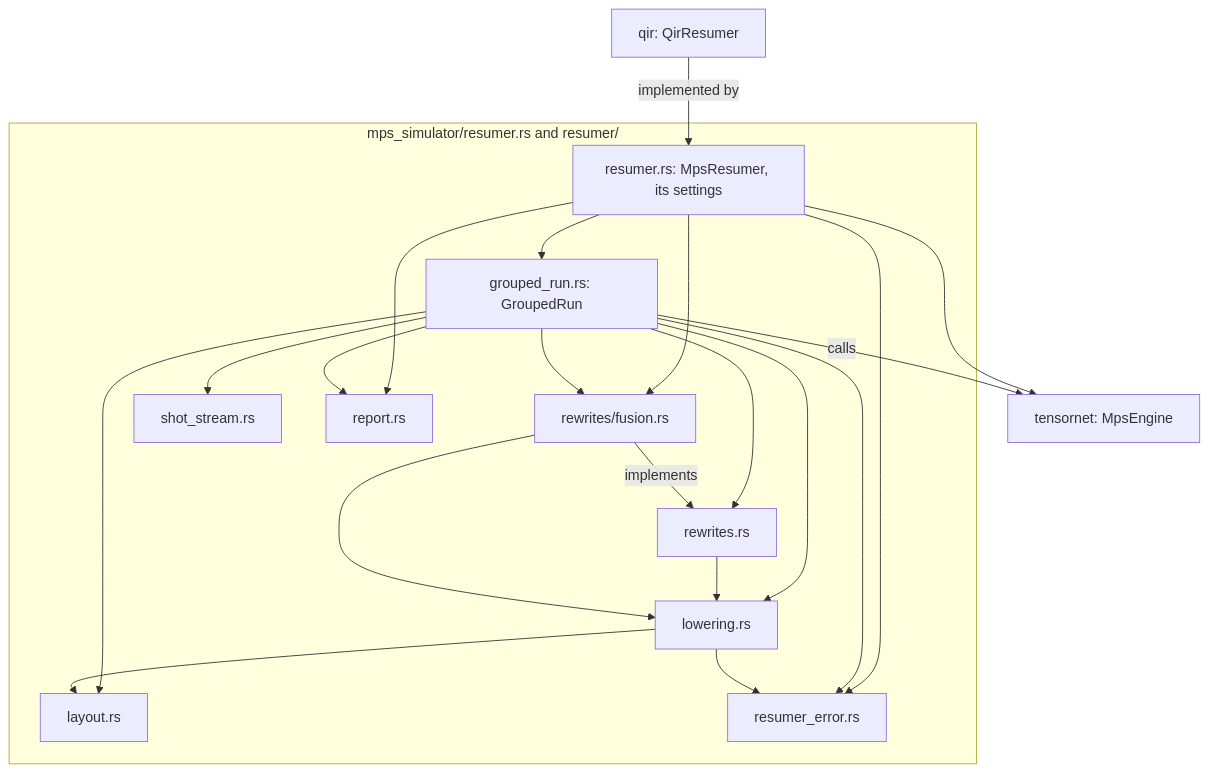
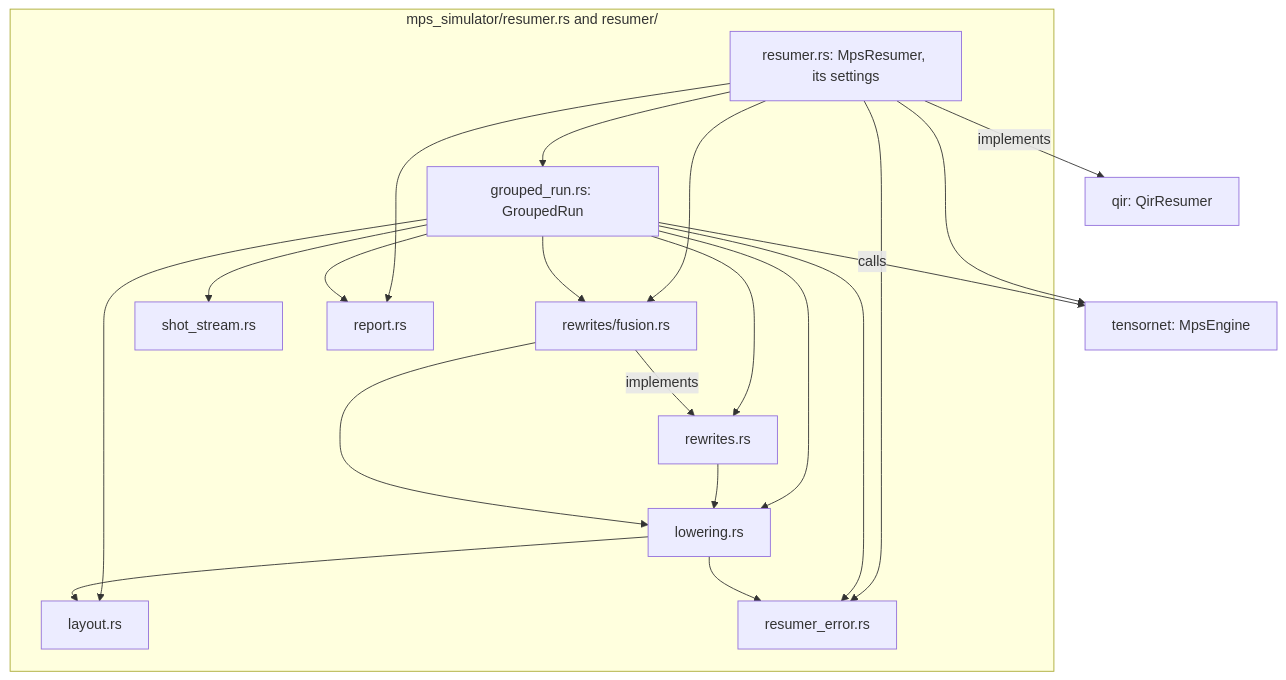
The second of 2 diagrams in source/simulators/src/mps_simulator/README.md (microsoft/qdk), drawn with Mermaid before and after one commit. The commit also changed other lines of this file and 11 other files, not shown here.

````diff
--- a/source/simulators/src/mps_simulator/README.md
+++ b/source/simulators/src/mps_simulator/README.md
@@ -104,25 +109,25 @@
 ```mermaid
 flowchart TD
-  qir["qir: QirResumer"]
   subgraph resumer_dir["mps_simulator/resumer.rs and resumer/"]
     res["resumer.rs: MpsResumer, its settings"]
     run["grouped_run.rs: GroupedRun"]
     low["lowering.rs"]
     rw["rewrites.rs"]
     fus["rewrites/fusion.rs"]
     lay["layout.rs"]
     ss["shot_stream.rs"]
     rep["report.rs"]
     err["resumer_error.rs"]
   end
+  qir["qir: QirResumer"]
   tn["tensornet: MpsEngine"]
-  qir -->|implemented by| res
+  res -->|implements| qir
   res --> run & fus & rep & err
   res --> tn
   run --> low & rw & fus & lay & ss & rep & err
   rw --> low
   fus -->|implements| rw
   fus --> low
   low --> lay & err
   run -->|calls| tn
 ```
````
